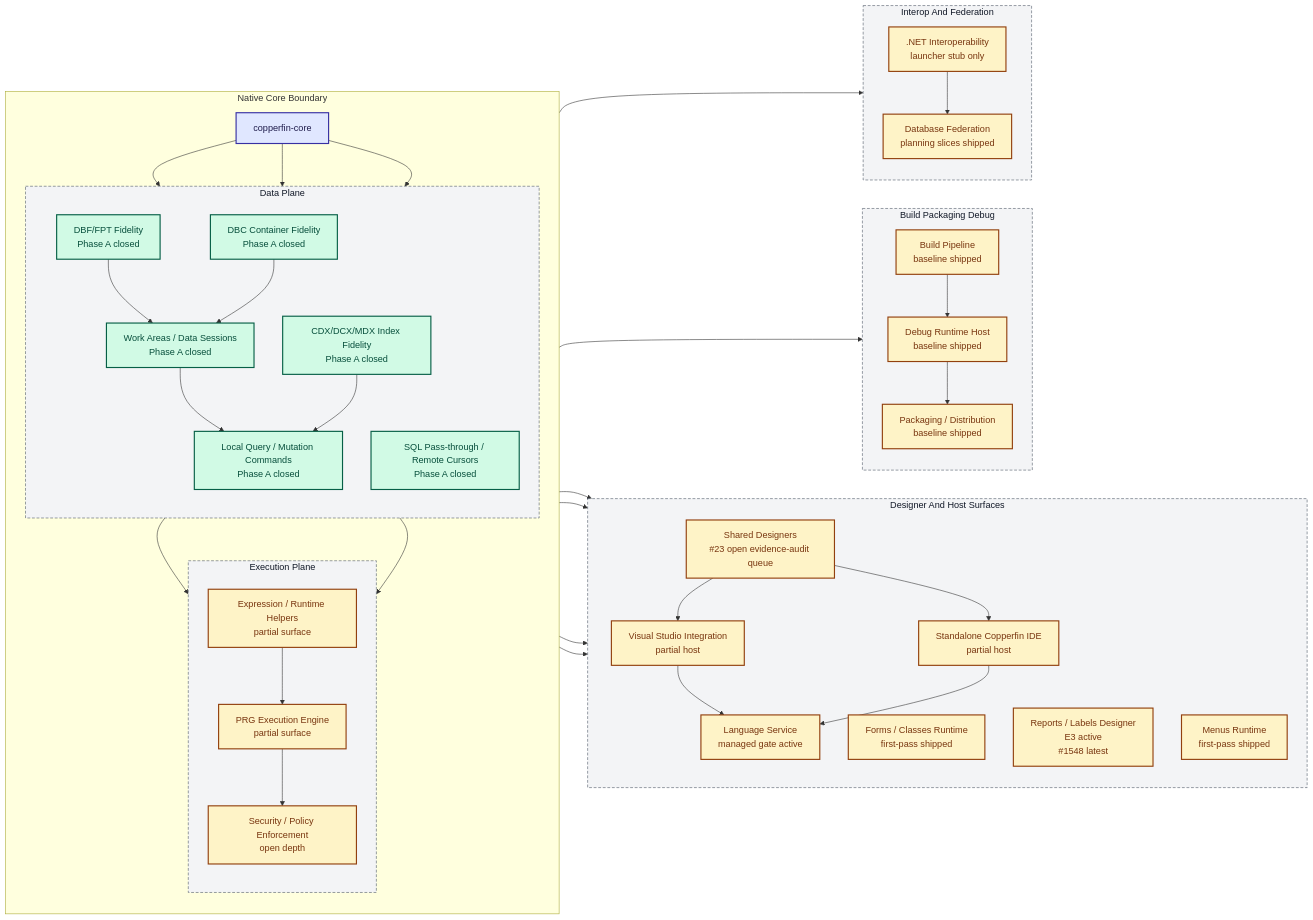
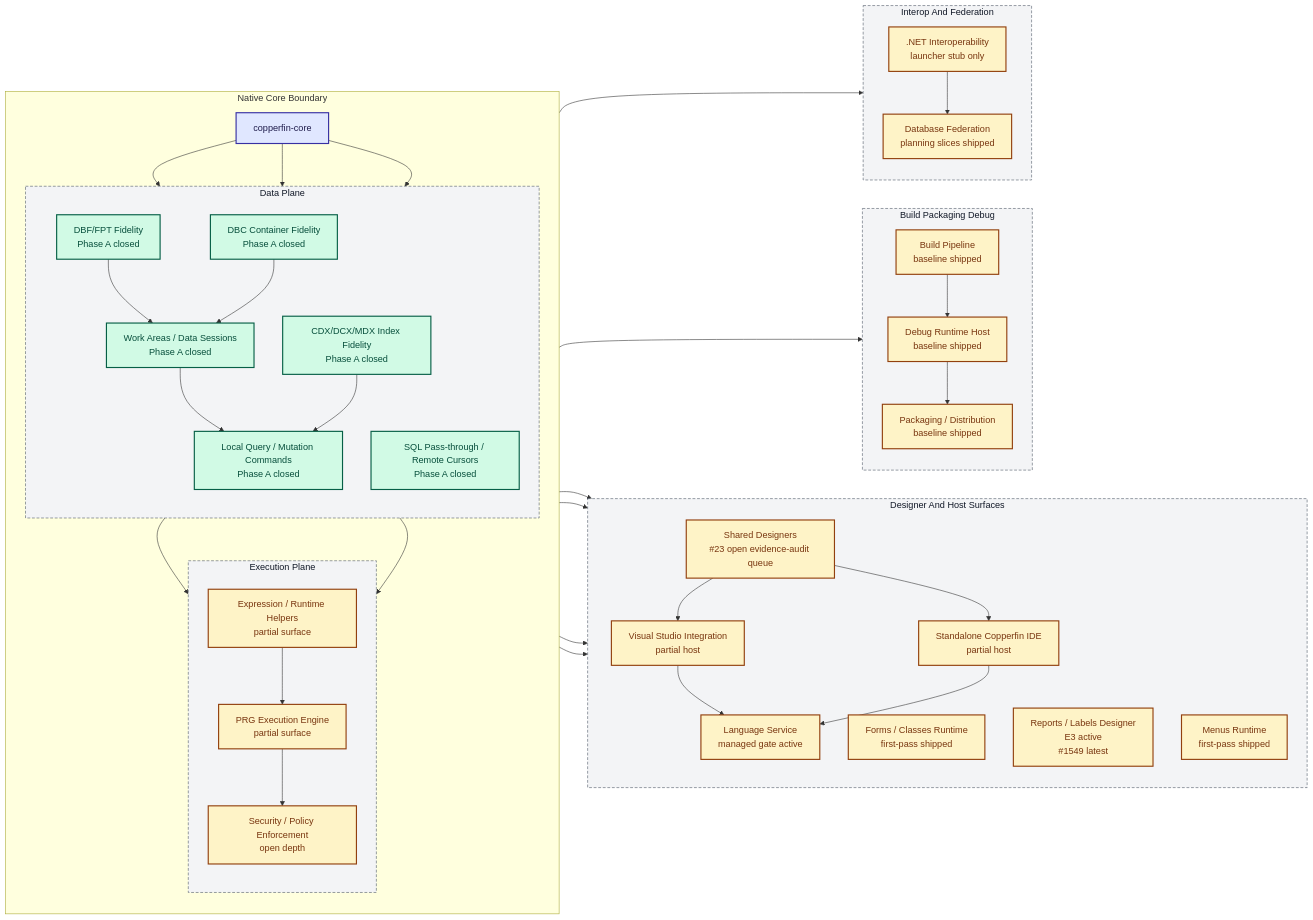
The diagram in docs/02-architecture.md (rhamenator/Project-Copperfin), drawn with Mermaid before and after one commit. The commit also changed 6 other files, not shown here.

```diff
--- a/docs/02-architecture.md
+++ b/docs/02-architecture.md
@@ -36,7 +36,7 @@
         direction TB
         DES["Shared Designers<br/>#23 open evidence-audit queue"]
         FORMS["Forms / Classes Runtime<br/>first-pass shipped"]
-        RPT["Reports / Labels Designer<br/>E3 active<br/>#1548 latest"]
+        RPT["Reports / Labels Designer<br/>E3 active<br/>#1549 latest"]
         MENU["Menus Runtime<br/>first-pass shipped"]
         VS["Visual Studio Integration<br/>partial host"]
         IDE["Standalone Copperfin IDE<br/>partial host"]
```
